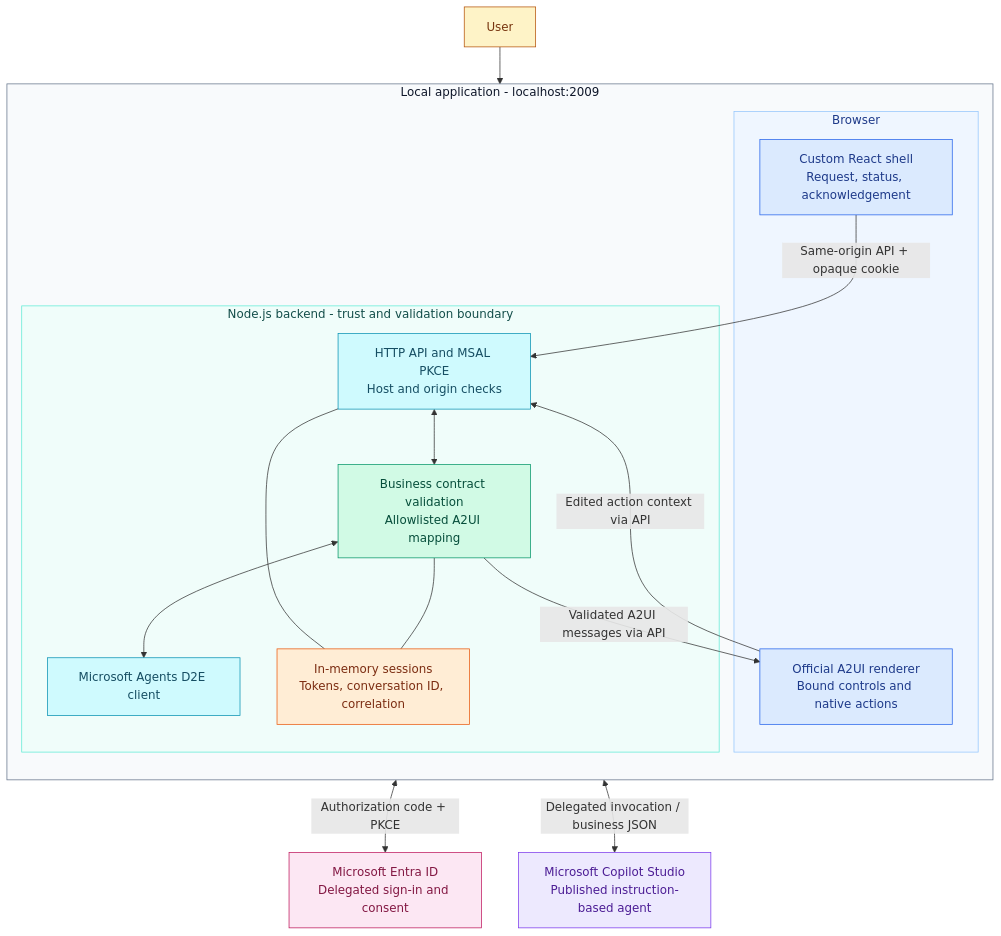
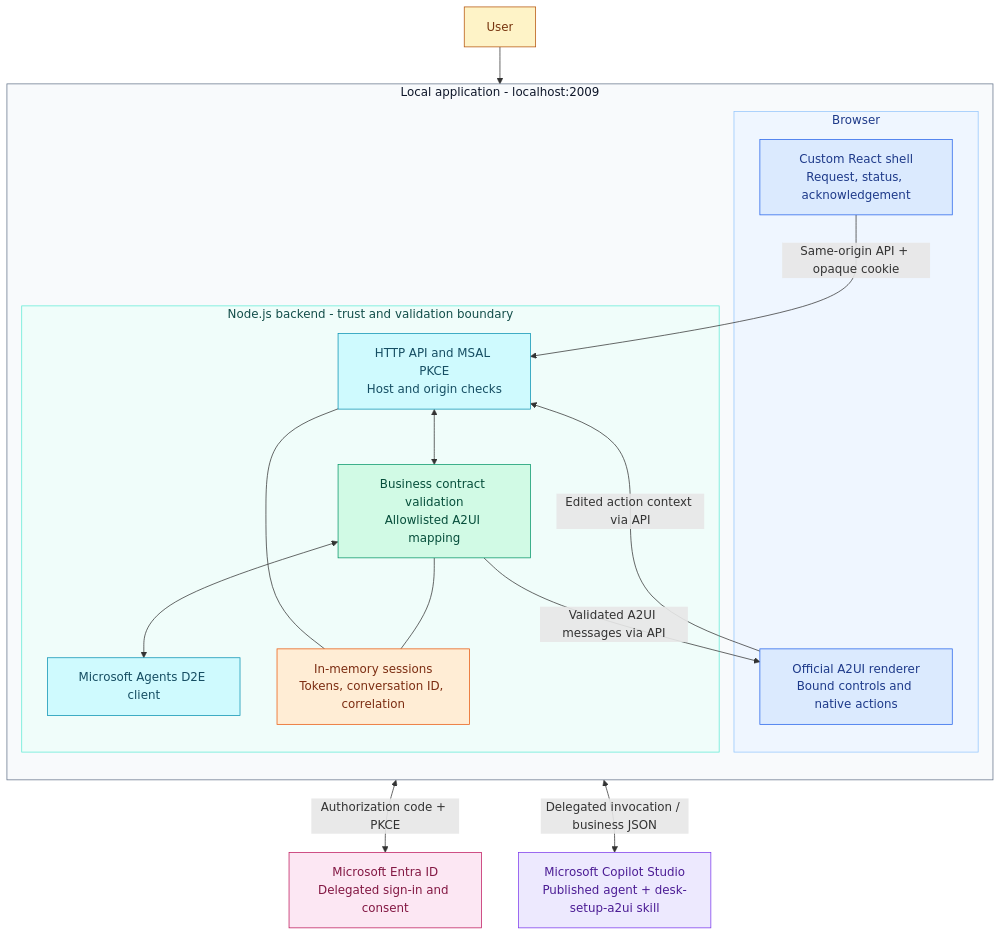
The first of 3 diagrams in README.md (Roelzz/MCS_A2UI), drawn with Mermaid before and after one commit. The commit also changed other lines of this file and 14 other files, not shown here.

First line of the commit message:
feat: build-your-perfect-desk demo with MCS agent skill

````diff
--- a/README.md
+++ b/README.md
@@ -40,42 +41,42 @@
 ```mermaid
 flowchart TB
     User["User"]:::person
     Entra["Microsoft Entra ID<br/>Delegated sign-in and consent"]:::identity
-    MCS["Microsoft Copilot Studio<br/>Published instruction-based agent"]:::agent
+    MCS["Microsoft Copilot Studio<br/>Published agent + desk-setup-a2ui skill"]:::agent
 
     subgraph Local["Local application - localhost:2009"]
         direction TB
         subgraph Browser["Browser"]
             Shell["Custom React shell<br/>Request, status, acknowledgement"]:::ui
             Renderer["Official A2UI renderer<br/>Bound controls and native actions"]:::ui
         end
         subgraph Node["Node.js backend - trust and validation boundary"]
             API["HTTP API and MSAL PKCE<br/>Host and origin checks"]:::server
             Contract["Business contract validation<br/>Allowlisted A2UI mapping"]:::validation
             SDK["Microsoft Agents D2E client"]:::server
             State["In-memory sessions<br/>Tokens, conversation ID, correlation"]:::state
         end
     end
 
     User --> Shell
     Shell -->|"Same-origin API + opaque cookie"| API
     API <-->|"Authorization code + PKCE"| Entra
     API <--> Contract
     Contract <--> SDK
     API --- State
     Contract --- State
     SDK <-->|"Delegated invocation / business JSON"| MCS
     Contract -->|"Validated A2UI messages via API"| Renderer
     Renderer -->|"Edited action context via API"| API
 
     classDef person fill:#fef3c7,stroke:#b45309,color:#78350f
     classDef identity fill:#fce7f3,stroke:#be185d,color:#831843
     classDef agent fill:#ede9fe,stroke:#7c3aed,color:#4c1d95
     classDef ui fill:#dbeafe,stroke:#2563eb,color:#1e3a8a
     classDef server fill:#cffafe,stroke:#0891b2,color:#164e63
     classDef validation fill:#d1fae5,stroke:#059669,color:#064e3b
     classDef state fill:#ffedd5,stroke:#ea580c,color:#7c2d12
     style Local fill:#f8fafc,stroke:#64748b,color:#0f172a
     style Browser fill:#eff6ff,stroke:#93c5fd,color:#1e3a8a
     style Node fill:#f0fdfa,stroke:#5eead4,color:#134e4a
 ```
````
